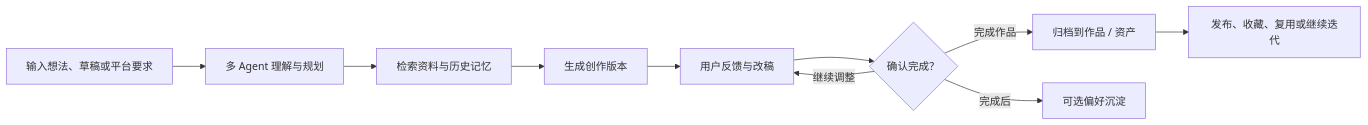
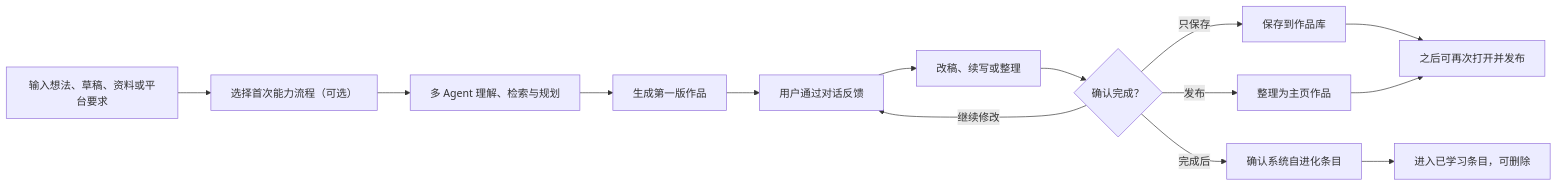
Before and after one commit to yukaich1/EcRoom: the first of 2 diagrams in README.md, drawn with Mermaid. The commit also changed other lines of this file and 187 other files, not shown here.

````diff
--- a/README.md
+++ b/README.md
@@ -32,12 +35,16 @@
 ```mermaid
 flowchart LR
-  A["输入想法、草稿或平台要求"] --> B["多 Agent 理解与规划"]
-  B --> C["检索资料与历史记忆"]
-  C --> D["生成创作版本"]
-  D --> E["用户反馈与改稿"]
-  E --> F{"确认完成？"}
-  F -- "继续调整" --> E
-  F -- "完成作品" --> G["归档到作品 / 资产"]
-  G --> H["发布、收藏、复用或继续迭代"]
-  F -- "完成后" --> I["可选偏好沉淀"]
+  A["输入想法、草稿、资料或平台要求"] --> B["选择首次能力流程（可选）"]
+  B --> C["多 Agent 理解、检索与规划"]
+  C --> D["生成第一版作品"]
+  D --> E["用户通过对话反馈"]
+  E --> F["改稿、续写或整理"]
+  F --> G{"确认完成？"}
+  G -- "继续修改" --> E
+  G -- "只保存" --> H["保存到作品库"]
+  G -- "发布" --> I["整理为主页作品"]
+  H --> J["之后可再次打开并发布"]
+  I --> J
+  G -- "完成后" --> K["确认系统自进化条目"]
+  K --> L["进入已学习条目，可删除"]
 ```
````
